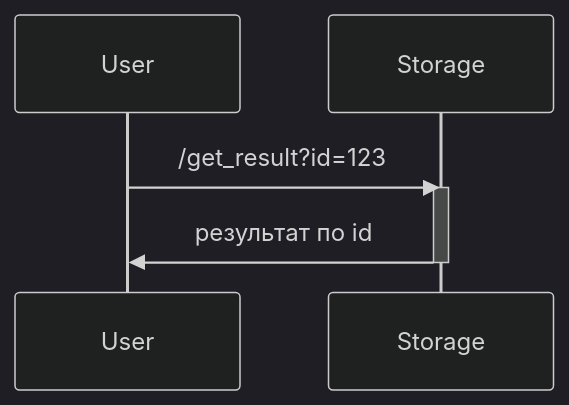
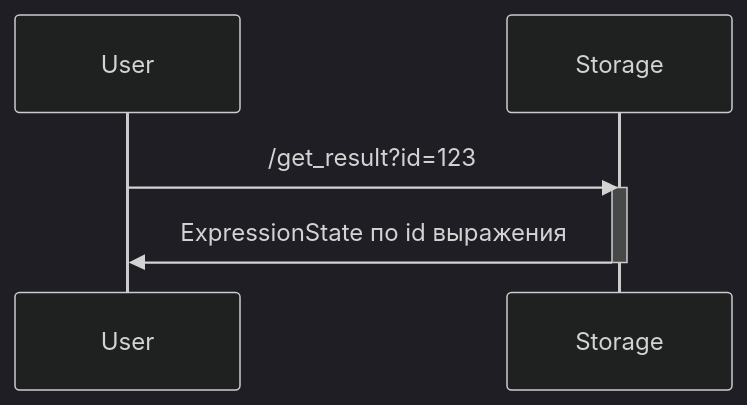
The third of 4 diagrams in README.md (XJIeI5/calculator), drawn with Mermaid (dark theme) before and after one commit. The commit also changed other lines of this file, not shown here.

````diff
--- a/README.md
+++ b/README.md
@@ -187,10 +187,10 @@
 ```mermaid
 sequenceDiagram
 participant U as User
 participant S as Storage
 
 U->>S: /get_result?id=123
 activate S
-S->>U: результат по id
+S->>U: ExpressionState по id выражения
 deactivate S
 ```
````
